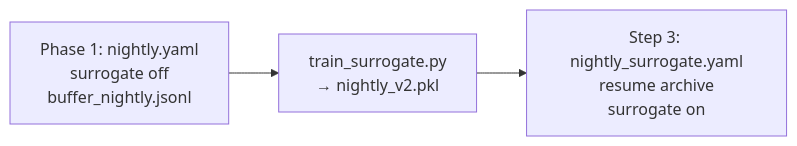
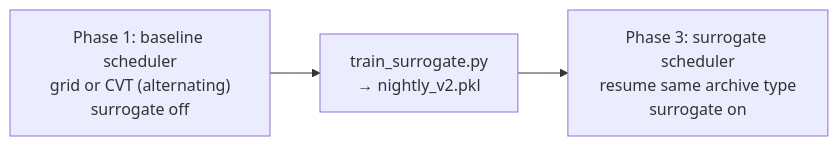
Before and after one commit to Starovoitov/LifeManifold: diagram 11 of 11 in docs/MAPELITES.md, drawn with Mermaid. The commit also changed other lines of this file and 22 other files, not shown here.

````diff
--- a/docs/MAPELITES.md
+++ b/docs/MAPELITES.md
@@ -563,7 +651,7 @@
 ```mermaid
 flowchart LR
-  P1["Phase 1: nightly.yaml\nsurrogate off\nbuffer_nightly.jsonl"]
+  P1["Phase 1: baseline scheduler\ngrid or CVT (alternating)\nsurrogate off"]
   TR["train_surrogate.py\n→ nightly_v2.pkl"]
-  SUR["Step 3: nightly_surrogate.yaml\nresume archive\nsurrogate on"]
+  SUR["Phase 3: surrogate scheduler\nresume same archive type\nsurrogate on"]
   P1 --> TR --> SUR
 ```
````
